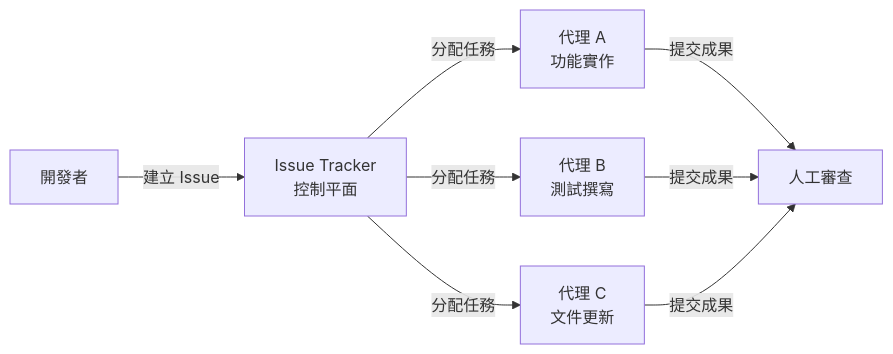
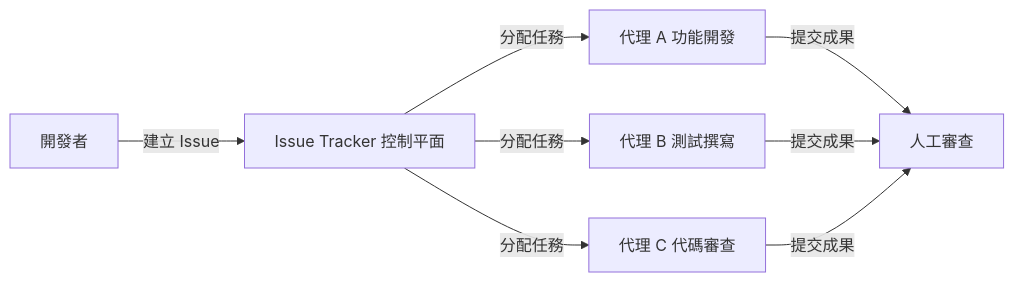
The first of 2 diagrams in 20-daily/2026-05-18.md (nick-xrex/ai-daily-content), drawn with Mermaid before and after one commit. The commit also changed other lines of this file and 215 other files, not shown here.

````diff
--- a/20-daily/2026-05-18.md
+++ b/20-daily/2026-05-18.md
@@ -23,10 +25,8 @@
 ```mermaid
 flowchart LR
-    Dev[開發者] -->|建立 Issue| Tracker[Issue Tracker\n控制平面]
-    Tracker -->|分配任務| A1[代理 A\n功能實作]
-    Tracker -->|分配任務| A2[代理 B\n測試撰寫]
-    Tracker -->|分配任務| A3[代理 C\n文件更新]
-    A1 -->|提交成果| Review[人工審查]
-    A2 -->|提交成果| Review
-    A3 -->|提交成果| Review
+    Dev[開發者] -->|建立 Issue| CP[Issue Tracker 控制平面]
+    CP -->|分配任務| A1[代理 A 功能開發]
+    CP -->|分配任務| A2[代理 B 測試撰寫]
+    CP -->|分配任務| A3[代理 C 代碼審查]
+    A1 & A2 & A3 -->|提交成果| R[人工審查]
 ```
````
